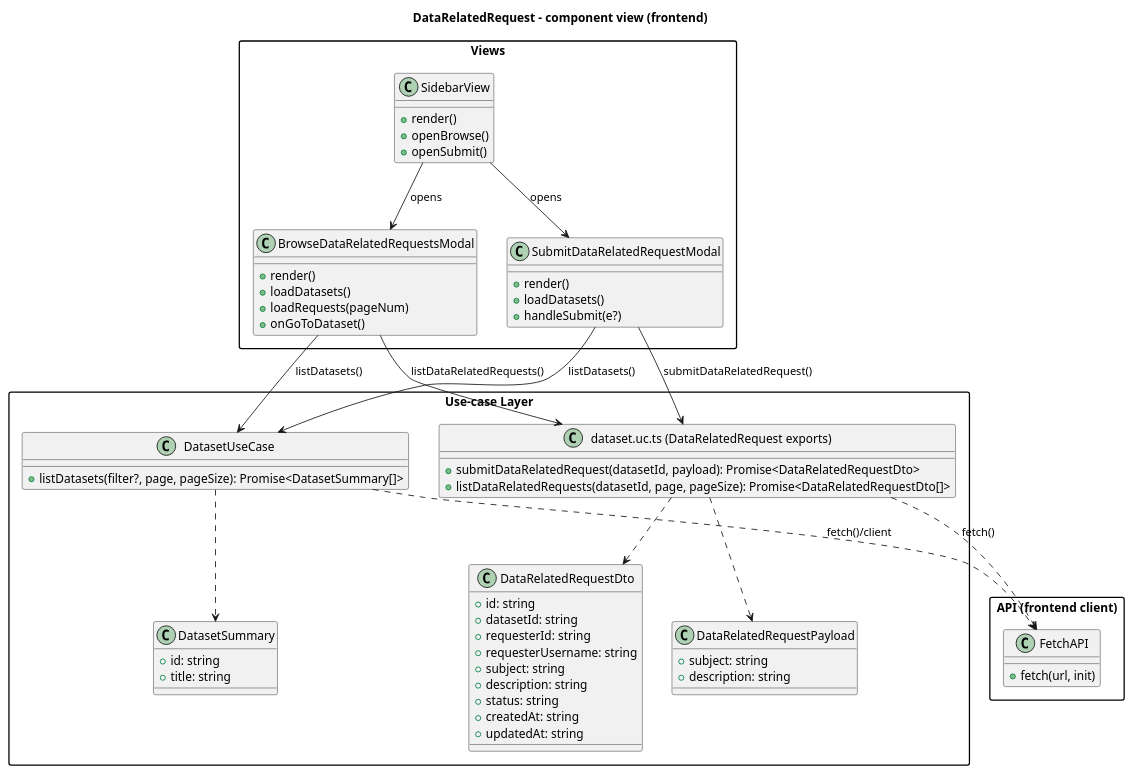
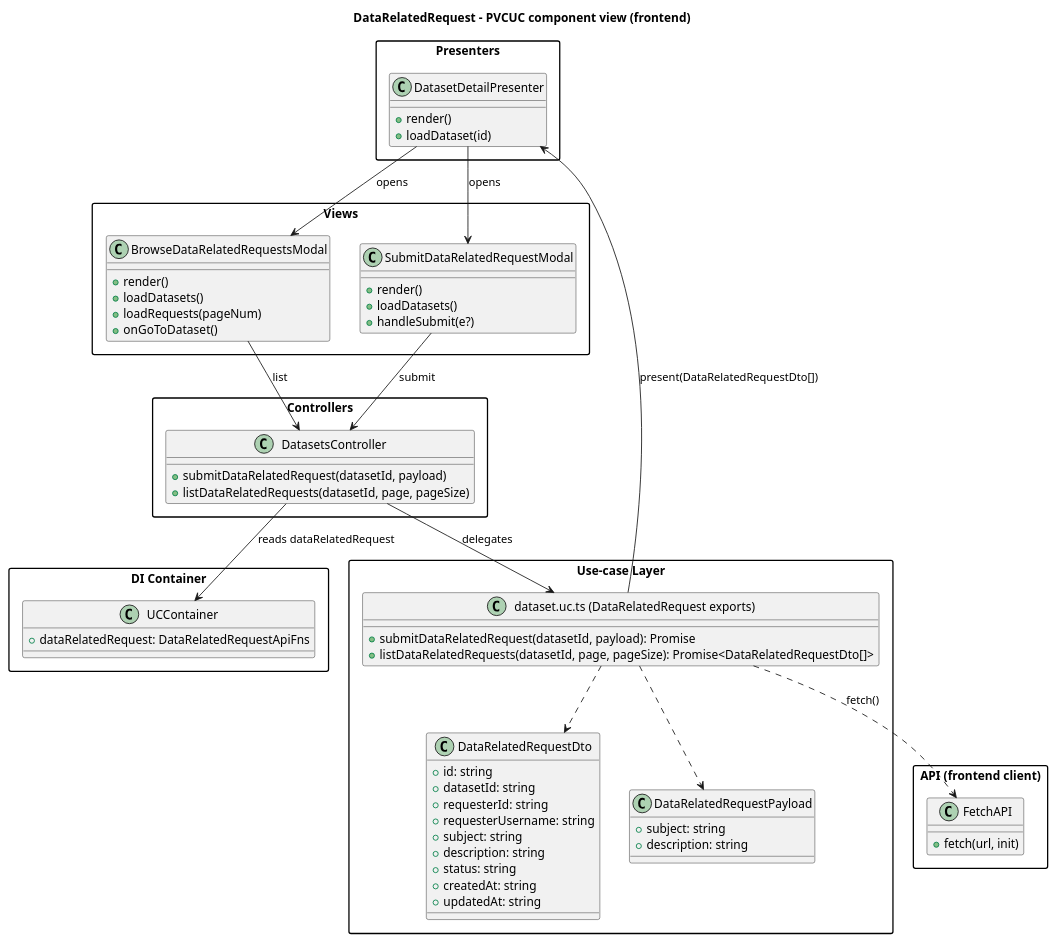
One commit to POP2025-EEPW/doorce-frontend changed the diagram in diagrams/class/dataRelatedRequestModule.puml. Above: the diagram before and after it, drawn with PlantUML.

```diff
--- a/diagrams/class/dataRelatedRequestModule.puml
+++ b/diagrams/class/dataRelatedRequestModule.puml
@@ -1,81 +1,84 @@
 @startuml
-title DataRelatedRequest - component view (frontend)
+title DataRelatedRequest - PVCUC component view (frontend)
 
 skinparam packageStyle rectangle
 
 package "Views" {
-  class SidebarView {
-    +render()
-    +openBrowse()
-    +openSubmit()
-  }
+class BrowseDataRelatedRequestsModal {
++render()
++loadDatasets()
++loadRequests(pageNum)
++onGoToDataset()
+}
 
-  class BrowseDataRelatedRequestsModal {
-    +render()
-    +loadDatasets()
-    +loadRequests(pageNum)
-    +onGoToDataset()
-  }
+class SubmitDataRelatedRequestModal {
++render()
++loadDatasets()
++handleSubmit(e?)
+}
+}
 
-  class SubmitDataRelatedRequestModal {
-    +render()
-    +loadDatasets()
-    +handleSubmit(e?)
-  }
+package "Presenters" {
+class DatasetDetailPresenter {
++render()
++loadDataset(id)
+}
+}
+
+package "Controllers" {
+class DatasetsController {
++submitDataRelatedRequest(datasetId, payload)
++listDataRelatedRequests(datasetId, page, pageSize)
+}
 }
 
 package "Use-case Layer" {
-  class DatasetUseCase {
-    +listDatasets(filter?, page, pageSize): Promise<DatasetSummary[]>
-  }
+class "dataset.uc.ts (DataRelatedRequest exports)" as DataRelatedRequestApiFns {
++submitDataRelatedRequest(datasetId, payload): Promise
++listDataRelatedRequests(datasetId, page, pageSize): Promise<DataRelatedRequestDto[]>
+}
 
-  class DatasetSummary {
-    +id: string
-    +title: string
-  }
+class DataRelatedRequestPayload {
++subject: string
++description: string
+}
 
-  class "dataset.uc.ts (DataRelatedRequest exports)" as DataRelatedRequestApiFns {
-    +submitDataRelatedRequest(datasetId, payload): Promise<DataRelatedRequestDto>
-    +listDataRelatedRequests(datasetId, page, pageSize): Promise<DataRelatedRequestDto[]>
-  }
+class DataRelatedRequestDto {
++id: string
++datasetId: string
++requesterId: string
++requesterUsername: string
++subject: string
++description: string
++status: string
++createdAt: string
++updatedAt: string
+}
+}
 
-  class DataRelatedRequestPayload {
-    +subject: string
-    +description: string
-  }
-
-  class DataRelatedRequestDto {
-    +id: string
-    +datasetId: string
-    +requesterId: string
-    +requesterUsername: string
-    +subject: string
-    +description: string
-    +status: string
-    +createdAt: string
-    +updatedAt: string
-  }
+package "DI Container" {
+class UCContainer {
++dataRelatedRequest: DataRelatedRequestApiFns
+}
 }
 
 package "API (frontend client)" {
-  class FetchAPI {
-    +fetch(url, init)
-  }
+class FetchAPI {
++fetch(url, init)
+}
 }
 
-SidebarView --> BrowseDataRelatedRequestsModal : opens
-SidebarView --> SubmitDataRelatedRequestModal : opens
+DatasetDetailPresenter --> BrowseDataRelatedRequestsModal : opens
+DatasetDetailPresenter --> SubmitDataRelatedRequestModal : opens
 
-BrowseDataRelatedRequestsModal --> DatasetUseCase : listDatasets()
-SubmitDataRelatedRequestModal --> DatasetUseCase : listDatasets()
+BrowseDataRelatedRequestsModal --> DatasetsController : list
+SubmitDataRelatedRequestModal --> DatasetsController : submit
 
-BrowseDataRelatedRequestsModal --> DataRelatedRequestApiFns : listDataRelatedRequests()
-SubmitDataRelatedRequestModal --> DataRelatedRequestApiFns : submitDataRelatedRequest()
-
+DatasetsController --> UCContainer : reads dataRelatedRequest
+DatasetsController --> DataRelatedRequestApiFns : delegates
 DataRelatedRequestApiFns ..> FetchAPI : fetch()
-DatasetUseCase ..> FetchAPI : fetch()/client
 
 DataRelatedRequestApiFns ..> DataRelatedRequestPayload
 DataRelatedRequestApiFns ..> DataRelatedRequestDto
-DatasetUseCase ..> DatasetSummary
+DataRelatedRequestApiFns --> DatasetDetailPresenter : present(DataRelatedRequestDto[])
 @enduml
```
